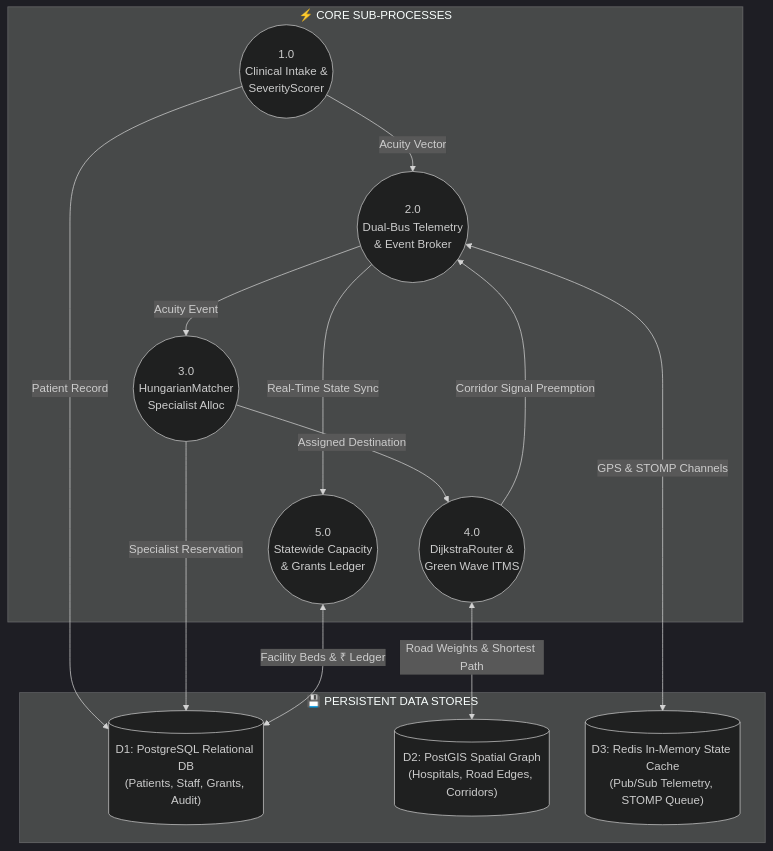
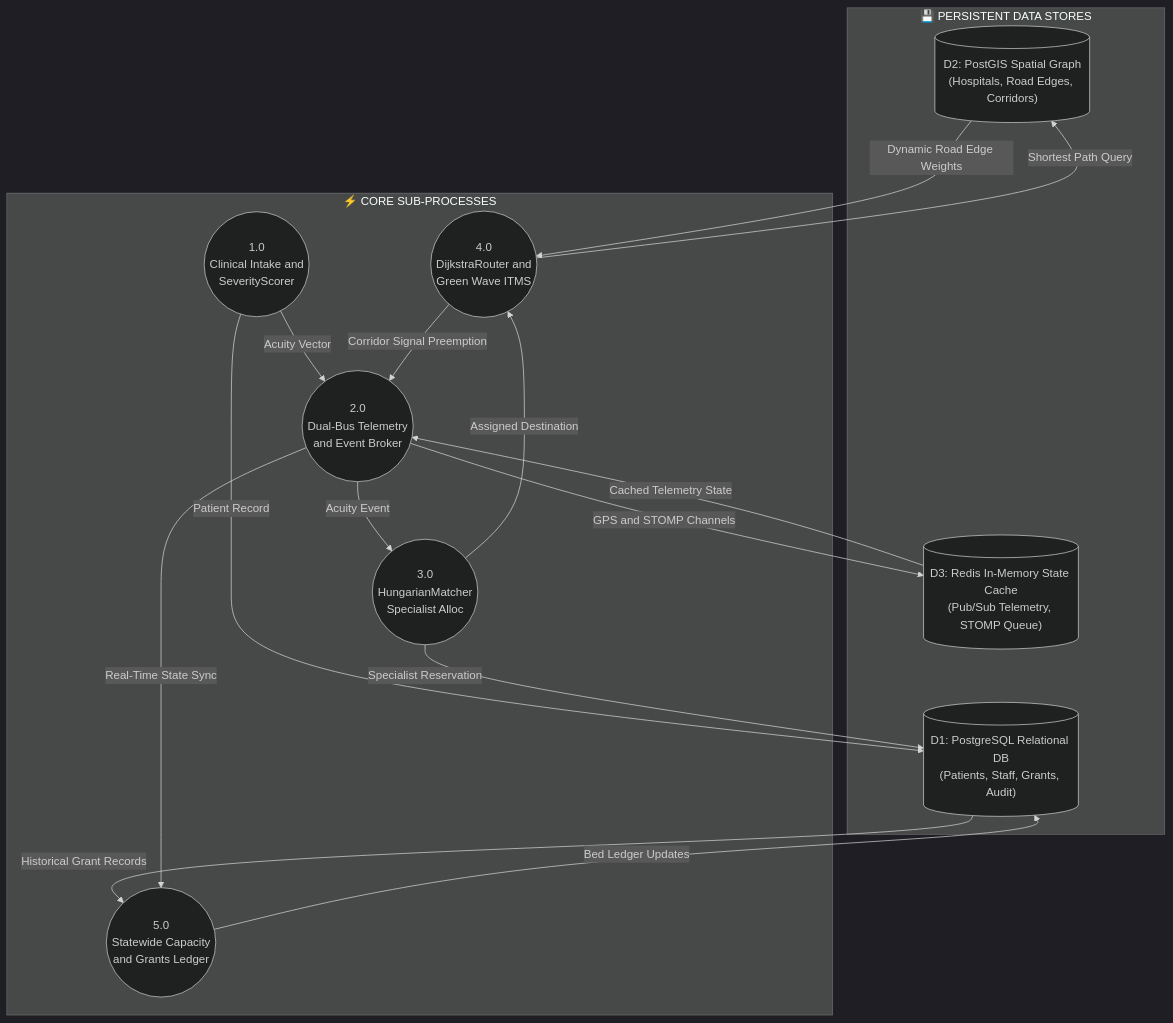
The second of 4 diagrams in README.md (PG300604/TriageNet), drawn with Mermaid (dark theme) before and after one commit. The commit also changed other lines of this file and 5 other files, not shown here.

Commit message:
docs(readme): add 1:53 keynote video loop, purge animation captions, fix Mermaid parse errors

````diff
--- a/README.md
+++ b/README.md
@@ -176,27 +169,30 @@
 ```mermaid
 flowchart TB
     subgraph DataStores ["💾 PERSISTENT DATA STORES"]
         D1[("D1: PostgreSQL Relational DB<br/>(Patients, Staff, Grants, Audit)")]
         D2[("D2: PostGIS Spatial Graph<br/>(Hospitals, Road Edges, Corridors)")]
         D3[("D3: Redis In-Memory State Cache<br/>(Pub/Sub Telemetry, STOMP Queue)")]
     end
 
     subgraph Processes ["⚡ CORE SUB-PROCESSES"]
-        P1(("1.0<br/>Clinical Intake &<br/>SeverityScorer"))
-        P2(("2.0<br/>Dual-Bus Telemetry<br/>& Event Broker"))
+        P1(("1.0<br/>Clinical Intake and<br/>SeverityScorer"))
+        P2(("2.0<br/>Dual-Bus Telemetry<br/>and Event Broker"))
         P3(("3.0<br/>HungarianMatcher<br/>Specialist Alloc"))
-        P4(("4.0<br/>DijkstraRouter &<br/>Green Wave ITMS"))
-        P5(("5.0<br/>Statewide Capacity<br/>& Grants Ledger"))
+        P4(("4.0<br/>DijkstraRouter and<br/>Green Wave ITMS"))
+        P5(("5.0<br/>Statewide Capacity<br/>and Grants Ledger"))
     end
 
     P1 -->|Acuity Vector| P2
     P1 -->|Patient Record| D1
-    P2 <-->|GPS & STOMP Channels| D3
+    P2 -->|GPS and STOMP Channels| D3
+    D3 -->|Cached Telemetry State| P2
     P2 -->|Acuity Event| P3
     P3 -->|Specialist Reservation| D1
     P3 -->|Assigned Destination| P4
-    P4 <-->|Road Weights & Shortest Path| D2
+    P4 -->|Shortest Path Query| D2
+    D2 -->|Dynamic Road Edge Weights| P4
     P4 -->|Corridor Signal Preemption| P2
-    P5 <-->|Facility Beds & ₹ Ledger| D1
+    P5 -->|Bed Ledger Updates| D1
+    D1 -->|Historical Grant Records| P5
     P2 -->|Real-Time State Sync| P5
 ```
````
